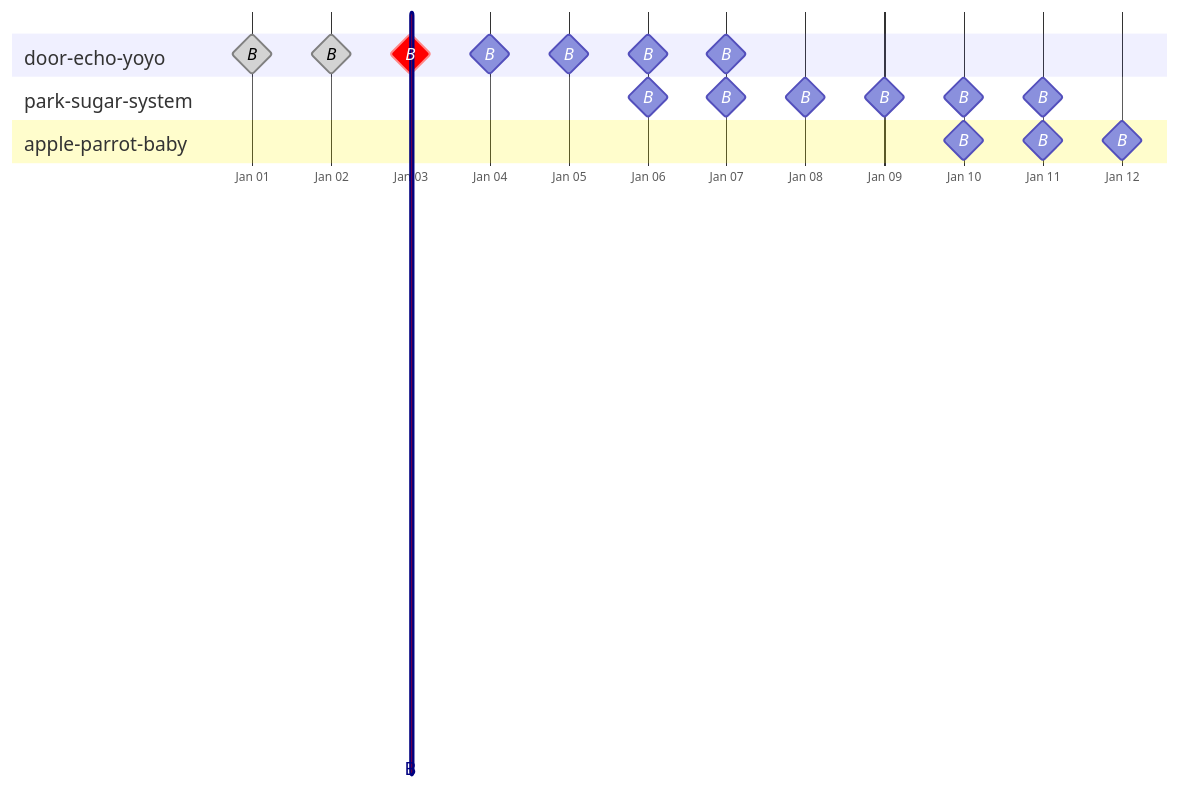
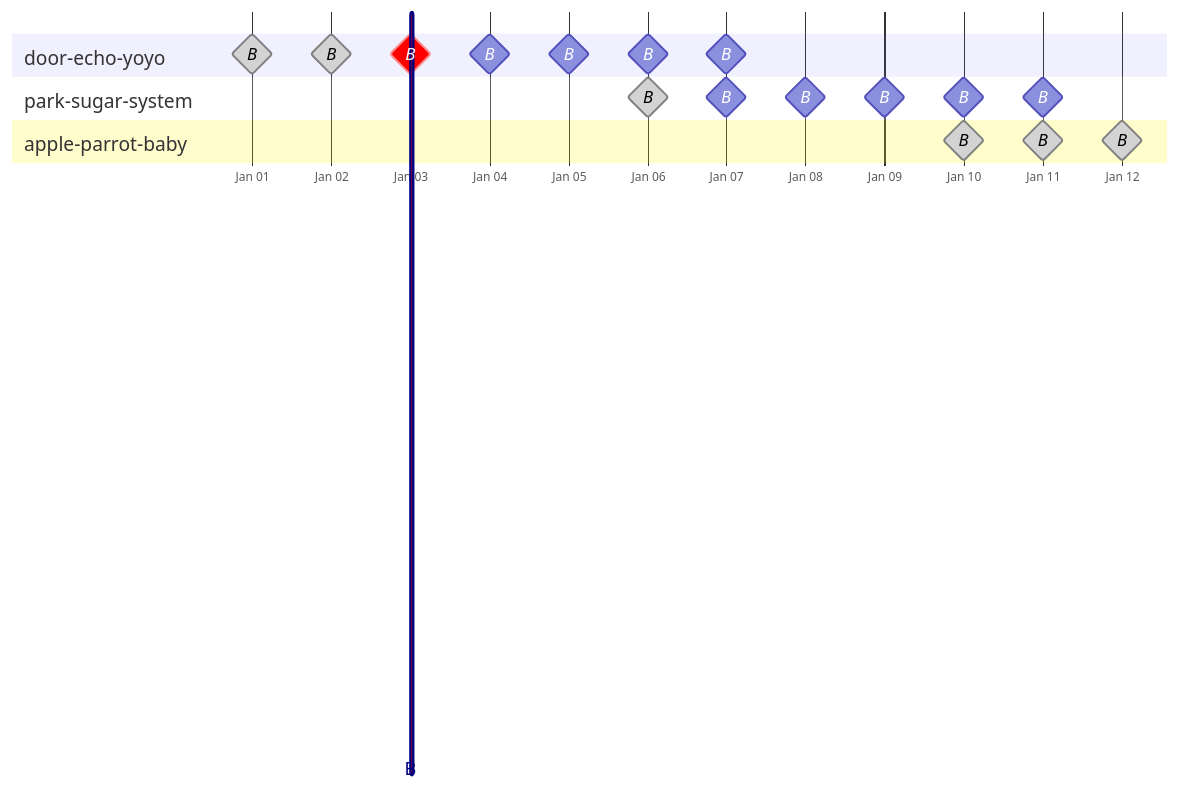
One commit to questdb/documentation changed the diagram in documentation/high-availability/wal-cleanup.md. Above: the diagram before and after it, drawn with Mermaid. The commit also changed other lines of this file and 3 other files, not shown here.

````diff
--- a/documentation/high-availability/wal-cleanup.md
+++ b/documentation/high-availability/wal-cleanup.md
@@ -205,47 +182,47 @@
 ```mermaid
 ---
 displayMode: compact
 config:
   gantt:
     useWidth: 1000
     barHeight: 30
     barGap: 6
     topPadding: 50
     bottomPadding: 40
     sidePadding: 40
     leftPadding: 200
     gridLineStartPadding: 30
     fontSize: 14
     sectionFontSize: 16
   themeVariables:
     fontFamily: sans-serif
     fontSize: 14px
 ---
 gantt
   tickInterval 1day
   axisFormat %b %d
 
   section door-echo-yoyo
     B :done, milestone, d1, 2026-01-01, 0d
     B :done, milestone, d2, 2026-01-02, 0d
     B :crit, milestone, d3, 2026-01-03, 0d
     B :milestone, d4, 2026-01-04, 0d
     B :milestone, d5, 2026-01-05, 0d
     B :milestone, d6, 2026-01-06, 0d
     B :milestone, d7, 2026-01-07, 0d
 
   section park-sugar-system
-    B :milestone, p1, 2026-01-06, 0d
+    B :done, milestone, p1, 2026-01-06, 0d
     B :milestone, p2, 2026-01-07, 0d
     B :milestone, p3, 2026-01-08, 0d
     B :milestone, p4, 2026-01-09, 0d
     B :milestone, p5, 2026-01-10, 0d
     B :milestone, p6, 2026-01-11, 0d
 
   section apple-parrot-baby
-    B :milestone, a1, 2026-01-10, 0d
-    B :milestone, a2, 2026-01-11, 0d
-    B :milestone, a3, 2026-01-12, 0d
+    B :done, milestone, a1, 2026-01-10, 0d
+    B :done, milestone, a2, 2026-01-11, 0d
+    B :done, milestone, a3, 2026-01-12, 0d
 
     B :crit, vert, cb, 2026-01-03, 0d
 ```
````
